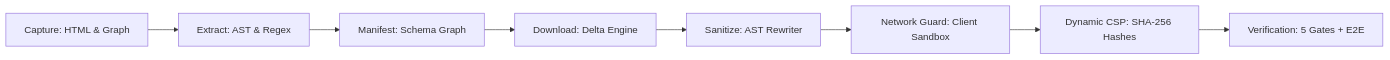
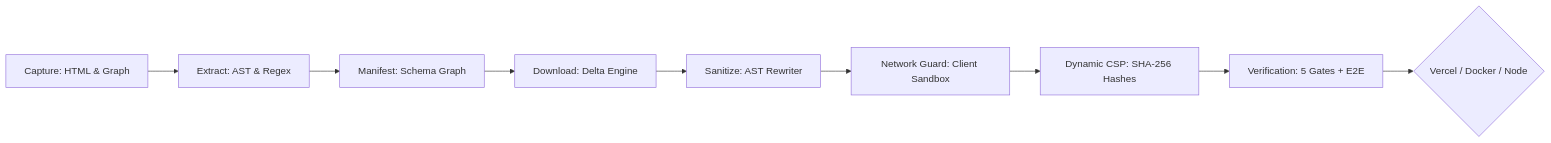
Before and after one commit to MdSaifulIslamMSI/realFood: the diagram in ARCHITECTURE.md, drawn with Mermaid. The commit also changed other lines of this file and 110 other files, not shown here.

````diff
--- a/ARCHITECTURE.md
+++ b/ARCHITECTURE.md
@@ -11,10 +14,11 @@
 ```mermaid
 graph LR
     A[Capture: HTML & Graph] --> B[Extract: AST & Regex]
     B --> C[Manifest: Schema Graph]
     C --> D[Download: Delta Engine]
     D --> E[Sanitize: AST Rewriter]
     E --> F[Network Guard: Client Sandbox]
     F --> G[Dynamic CSP: SHA-256 Hashes]
     G --> H[Verification: 5 Gates + E2E]
+    H --> I{Vercel / Docker / Node}
 ```
````
